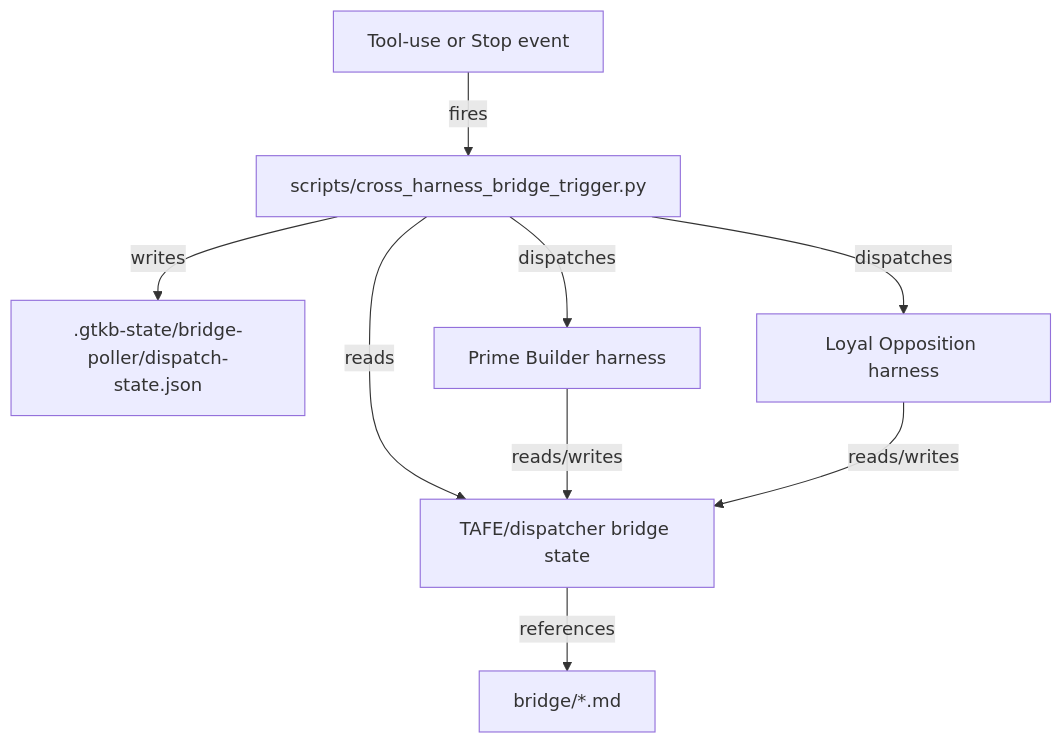
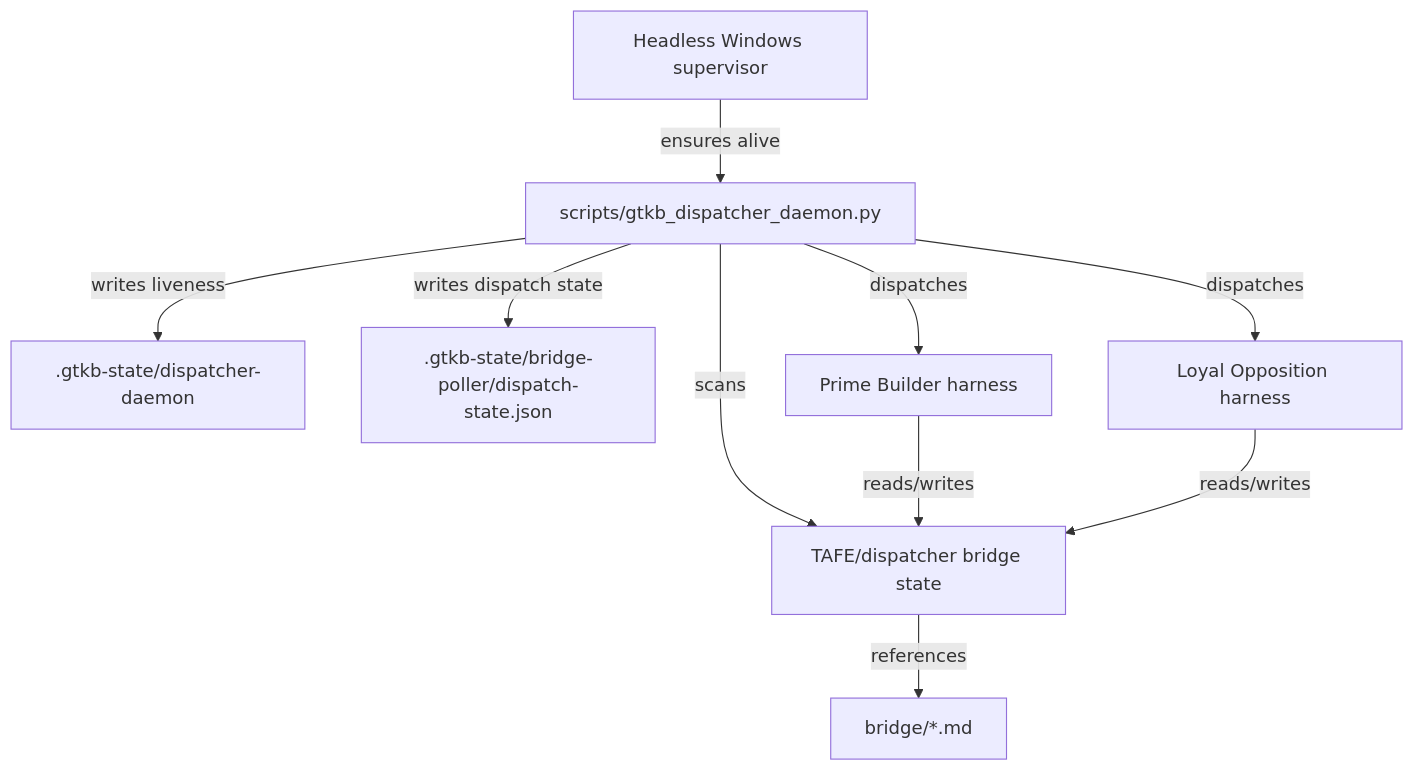
Before and after one commit to Remaker-Digital/groundtruth-kb: the first of 2 diagrams in groundtruth-kb/docs/method/12-file-bridge-automation.md, drawn with Mermaid. The commit also changed other lines of this file and 10 other files, not shown here.

Commit message:
fix(dispatch): verify Windows supervisor task registration and CLI controls for WI-4937

````diff
--- a/groundtruth-kb/docs/method/12-file-bridge-automation.md
+++ b/groundtruth-kb/docs/method/12-file-bridge-automation.md
@@ -37,11 +38,12 @@
 ```mermaid
 graph TD
-    EVT[Tool-use or Stop event] -->|fires| TRG[scripts/cross_harness_bridge_trigger.py]
-    TRG -->|reads| IDX[TAFE/dispatcher bridge state]
-    TRG -->|writes| DST[.gtkb-state/bridge-poller/dispatch-state.json]
+    SUP[Headless Windows supervisor] -->|ensures alive| TRG[scripts/gtkb_dispatcher_daemon.py]
+    TRG -->|scans| IDX[TAFE/dispatcher bridge state]
+    TRG -->|writes liveness| DSTATE[.gtkb-state/dispatcher-daemon]
+    TRG -->|writes dispatch state| DST[.gtkb-state/bridge-poller/dispatch-state.json]
     TRG -->|dispatches| PRIME[Prime Builder harness]
     TRG -->|dispatches| LO[Loyal Opposition harness]
     PRIME -->|reads/writes| IDX
     LO -->|reads/writes| IDX
     IDX -->|references| FILES[bridge/*.md]
 ```
````
